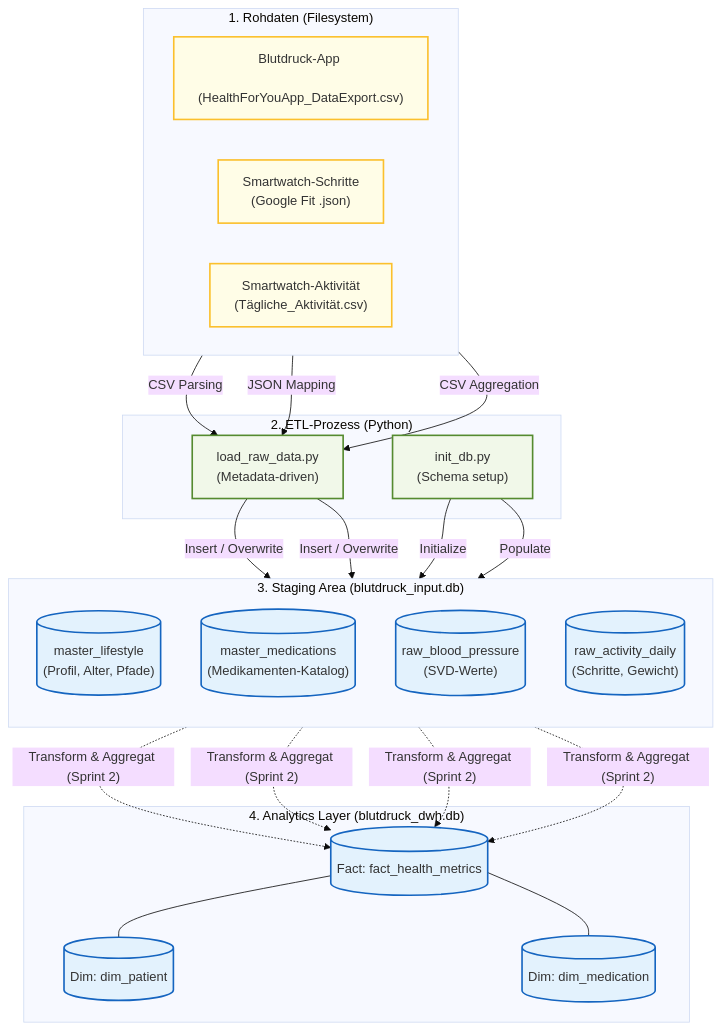
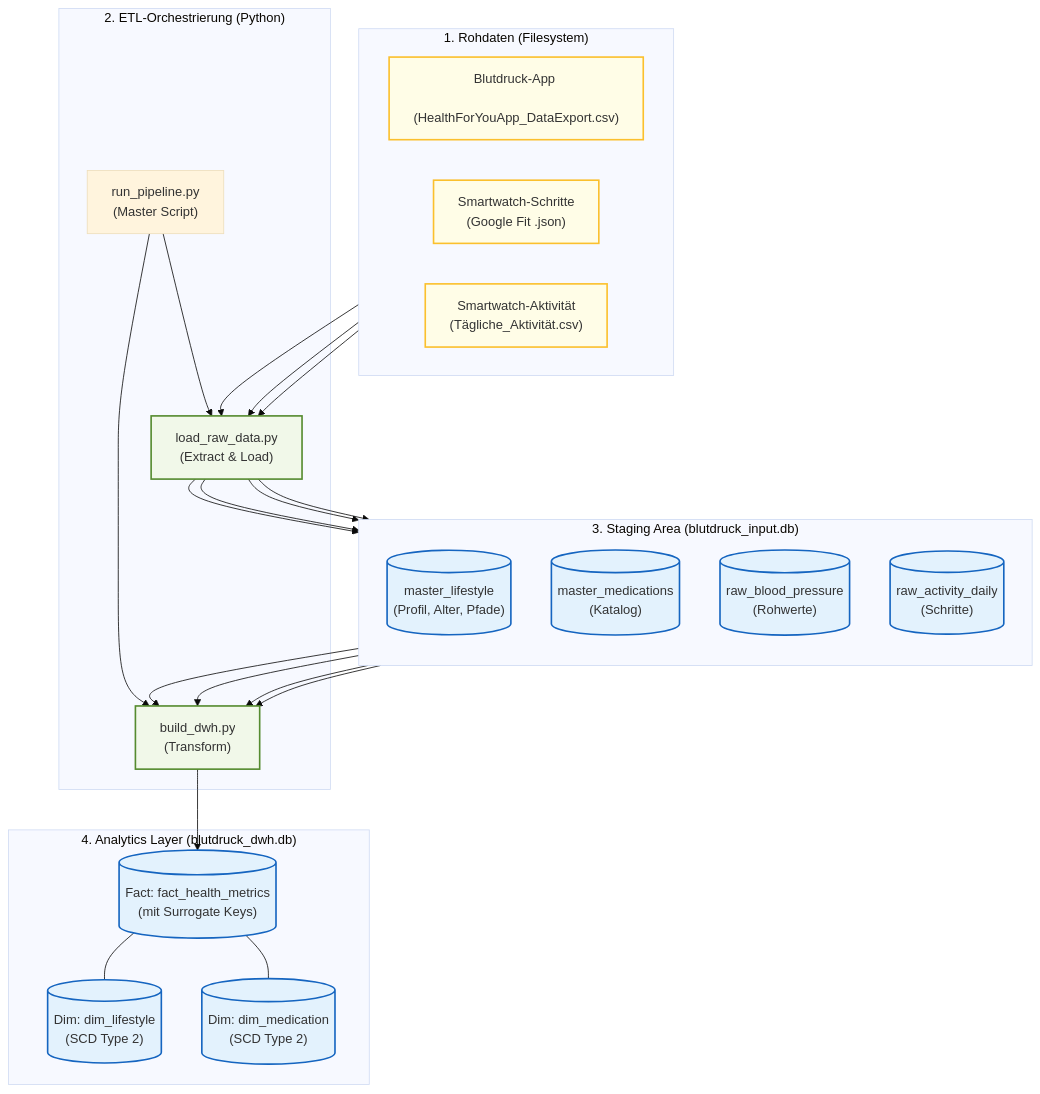
Before and after one commit to NilsBauch/blutdruck_data_engineer_training: the diagram in Architektur/Datenbanken/Datenbank_Uebersicht.md, drawn with Mermaid (base theme). The commit also changed 16 other files, not shown here.

````diff
--- a/Architektur/Datenbanken/Datenbank_Uebersicht.md
+++ b/Architektur/Datenbanken/Datenbank_Uebersicht.md
@@ -9,54 +9,50 @@
 ```mermaid
 flowchart TD
     %% Datenquellen
     subgraph Quellen ["1. Rohdaten (Filesystem)"]
         direction LR
         CSV_BP["Blutdruck-App \n (HealthForYouApp_DataExport.csv)"]
         JSON_STEPS["Smartwatch-Schritte \n (Google Fit .json)"]
         CSV_ACT["Smartwatch-Aktivität \n (Tägliche_Aktivität.csv)"]
     end
 
     %% ETL Prozess
-    subgraph ETL ["2. ETL-Prozess (Python)"]
-        P1["load_raw_data.py \n (Metadata-driven)"]
-        P2["init_db.py \n (Schema setup)"]
+    subgraph ETL ["2. ETL-Orchestrierung (Python)"]
+        P0["run_pipeline.py \n (Master Script)"]
+        P1["load_raw_data.py \n (Extract & Load)"]
+        P2["build_dwh.py \n (Transform)"]
     end
 
     %% Staging Area
     subgraph Staging ["3. Staging Area (blutdruck_input.db)"]
         direction TB
         T1[("master_lifestyle \n (Profil, Alter, Pfade)")]
-        T2[("master_medications \n (Medikamenten-Katalog)")]
-        T3[("raw_blood_pressure \n (SVD-Werte)")]
-        T4[("raw_activity_daily \n (Schritte, Gewicht)")]
+        T2[("master_medications \n (Katalog)")]
+        T3[("raw_blood_pressure \n (Rohwerte)")]
+        T4[("raw_activity_daily \n (Schritte)")]
     end
 
     %% Warehouse
     subgraph DWH ["4. Analytics Layer (blutdruck_dwh.db)"]
-        F1[("Fact: fact_health_metrics")]
-        D1[("Dim: dim_patient")]
-        D2[("Dim: dim_medication")]
+        F1[("Fact: fact_health_metrics \n (mit Surrogate Keys)")]
+        D1[("Dim: dim_lifestyle \n (SCD Type 2)")]
+        D2[("Dim: dim_medication \n (SCD Type 2)")]
     end
 
     %% Verbindungen
-    CSV_BP -->|"CSV Parsing"| P1
-    JSON_STEPS -->|"JSON Mapping"| P1
-    CSV_ACT -->|"CSV Aggregation"| P1
-
-    P1 -->|"Insert / Overwrite"| T3
-    P1 -->|"Insert / Overwrite"| T4
-    P2 -->|"Initialize"| T1
-    P2 -->|"Populate"| T2
-
-    T3 & T4 & T1 & T2 -.->|"Transform & Aggregat (Sprint 2)"| F1
+    CSV_BP & JSON_STEPS & CSV_ACT --> P1
+    P0 --> P1 & P2
+    P1 --> T1 & T2 & T3 & T4
+    T1 & T2 & T3 & T4 --> P2
+    P2 --> F1
     F1 --- D1 & D2
 
     %% Styling
     classDef file fill:#fffde7,stroke:#fbc02d,stroke-width:2px;
     classDef db fill:#e3f2fd,stroke:#1565c0,stroke-width:2px;
     classDef script fill:#f1f8e9,stroke:#558b2f,stroke-width:2px;
 
     class CSV_BP,JSON_STEPS,CSV_ACT file;
     class T1,T2,T3,T4,F1,D1,D2 db;
     class P1,P2 script;
 ```
````
